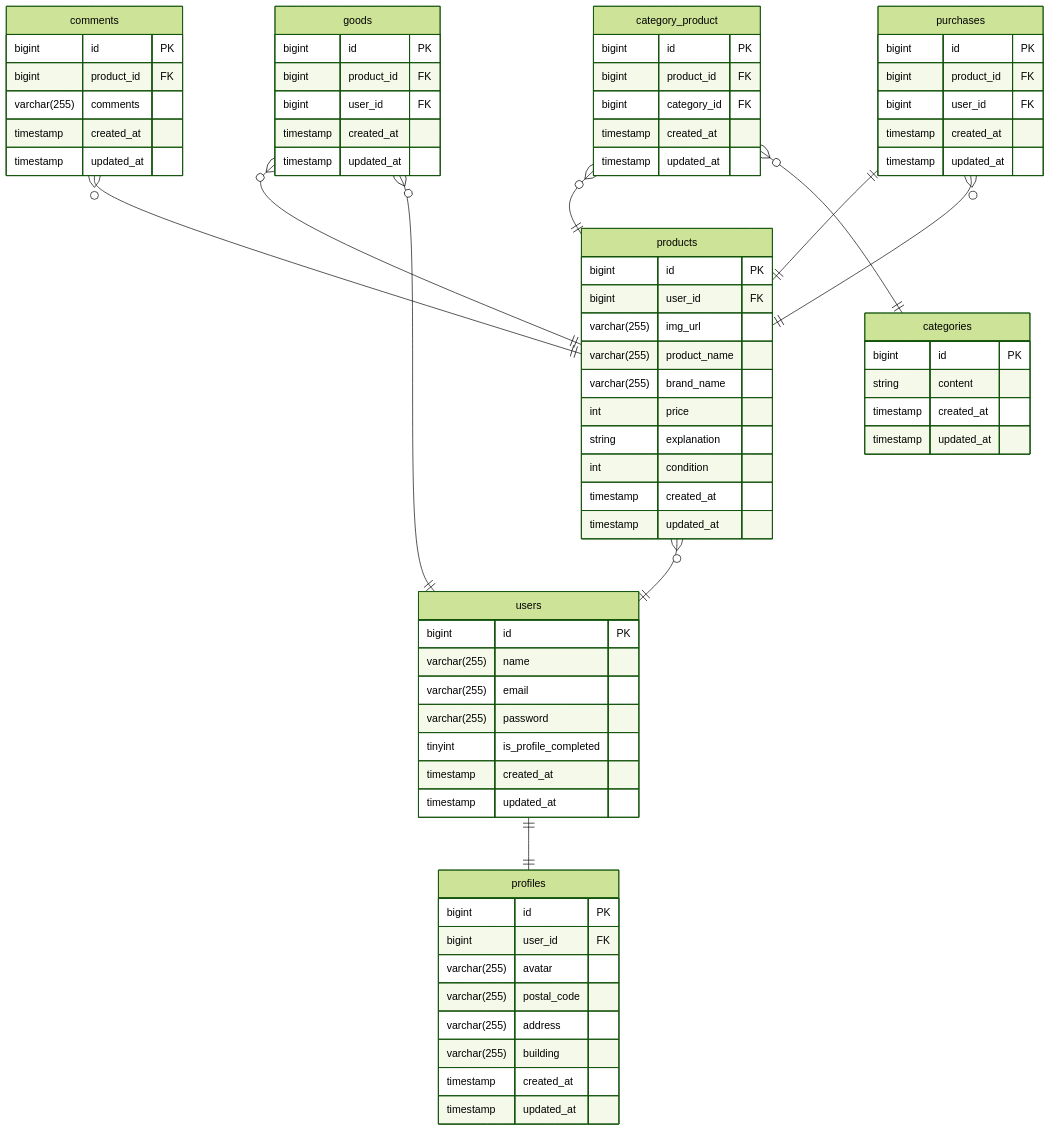
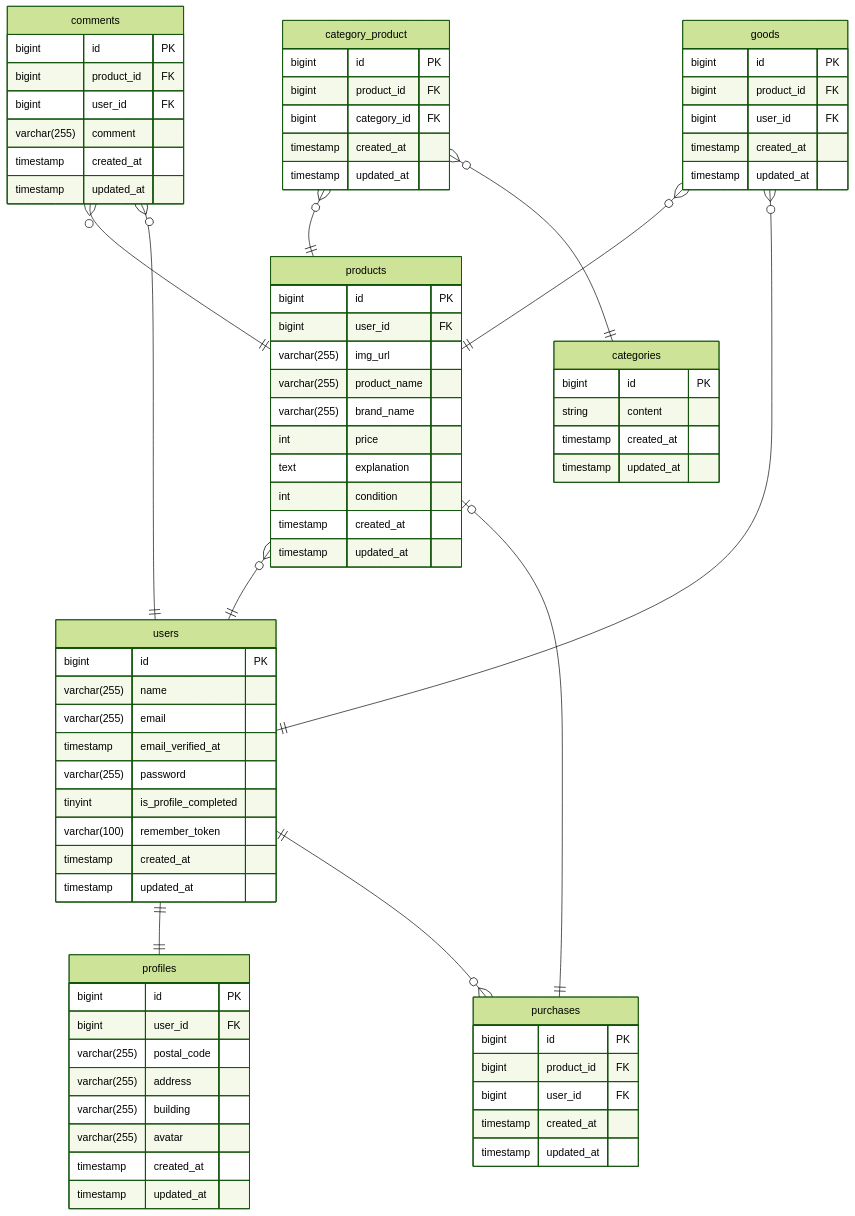
One commit to kamellll/flea-market changed the diagram in src/docs/er/er.mmd. Above: the diagram before and after it, drawn with Mermaid (forest theme). The commit also changed 79 other files, not shown here.

```diff
--- a/src/docs/er/er.mmd
+++ b/src/docs/er/er.mmd
@@ -1,82 +1,86 @@
 erDiagram
     products }o--|| users: ""
     goods }o--|| products: ""
     comments }o--|| products: ""
+    comments }o--|| users: ""
     category_product }o--|| products: ""
     category_product }o--|| categories: ""
     users ||--|| profiles: ""
-    purchases ||--|| products: ""
-    purchases }o--|| products: ""
+    purchases ||--o| products: ""
+    users    ||--o{ purchases : ""
     goods }o--|| users: ""
     products {
         bigint   id PK
         bigint    user_id  FK
         varchar(255)  img_url
         varchar(255)  product_name
         varchar(255)  brand_name
         int   price
-        string  explanation
+        text  explanation
         int    condition
         timestamp created_at
         timestamp updated_at
     }
 
     users {
         bigint       id PK
         varchar(255) name
         varchar(255) email
+        timestamp    email_verified_at
         varchar(255) password
         tinyint is_profile_completed
+        varchar(100) remember_token
         timestamp    created_at
         timestamp    updated_at
     }
 
     goods {
         bigint   id PK
         bigint   product_id  FK
         bigint   user_id  FK
         timestamp    created_at
         timestamp    updated_at
     }
 
     comments {
         bigint   id PK
         bigint   product_id  FK
-        varchar(255)    comments
+        bigint   user_id  FK
+        varchar(255)    comment
         timestamp    created_at
         timestamp    updated_at
     }
 
     categories {
         bigint  id  PK
         string  content
         timestamp    created_at
         timestamp    updated_at
     }
 
     category_product {
         bigint  id  PK
         bigint  product_id  FK
         bigint  category_id   FK
         timestamp    created_at
         timestamp    updated_at
     }
 
     profiles {
         bigint  id  PK
         bigint  user_id FK
-        varchar(255)    avatar
         varchar(255)    postal_code
         varchar(255)    address
         varchar(255)    building
+        varchar(255)    avatar
         timestamp    created_at
         timestamp    updated_at
     }
 
     purchases {
         bigint  id  PK
         bigint  product_id  FK
         bigint  user_id  FK
         timestamp    created_at
         timestamp    updated_at
     }
```
